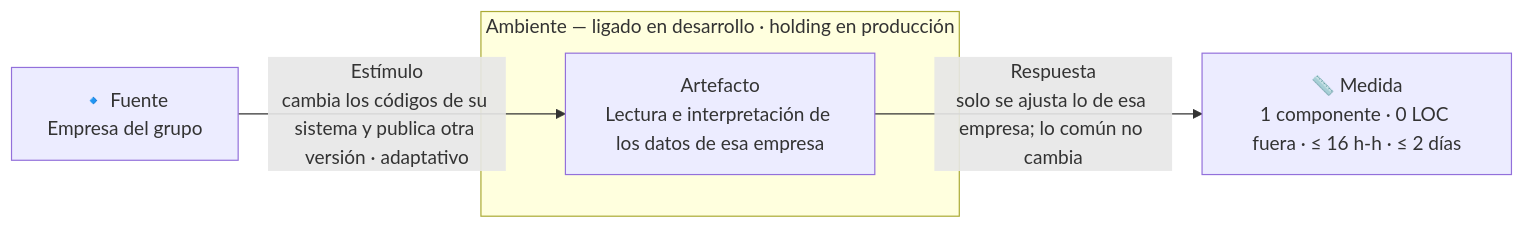
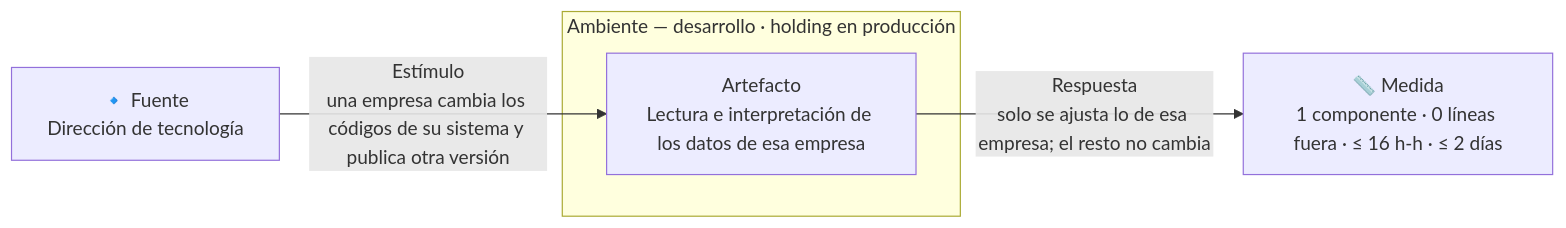
The fourth of 4 diagrams in docs/quality-attributes.md (MATI-MBIT/arqsoft-reto-3), drawn with Mermaid before and after one commit. The commit also changed other lines of this file and 6 other files, not shown here.

````diff
--- a/docs/quality-attributes.md
+++ b/docs/quality-attributes.md
@@ -319,9 +183,9 @@
 ```mermaid
 flowchart LR
-    F["🔹 Fuente<br/>Empresa del grupo"]
-    F -- "Estímulo<br/>cambia los códigos de su sistema y publica otra versión · adaptativo" --> A
-    subgraph AMB["Ambiente — ligado en desarrollo · holding en producción"]
+    F["🔹 Fuente<br/>Dirección de tecnología"]
+    F -- "Estímulo<br/>una empresa cambia los códigos de su sistema y publica otra versión" --> A
+    subgraph AMB["Ambiente — desarrollo · holding en producción"]
         A["Artefacto<br/>Lectura e interpretación de los datos de esa empresa"]
     end
-    A -- "Respuesta<br/>solo se ajusta lo de esa empresa; lo común no cambia" --> M["📏 Medida<br/>1 componente · 0 LOC fuera · ≤ 16 h-h · ≤ 2 días"]
+    A -- "Respuesta<br/>solo se ajusta lo de esa empresa; el resto no cambia" --> M["📏 Medida<br/>1 componente · 0 líneas fuera · ≤ 16 h-h · ≤ 2 días"]
 ```
````
